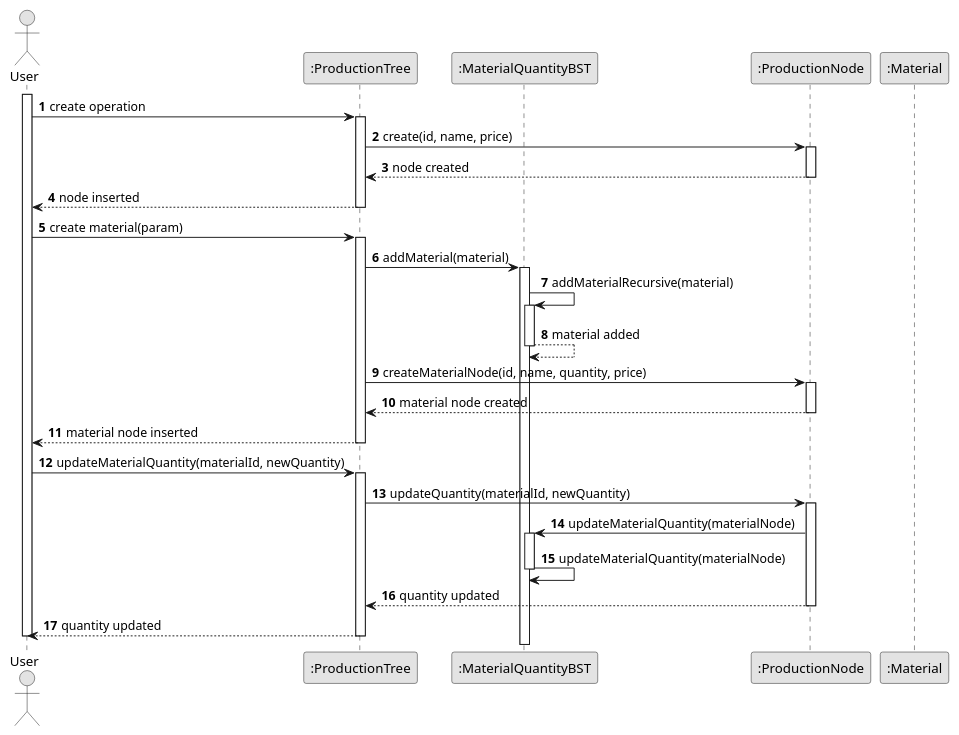
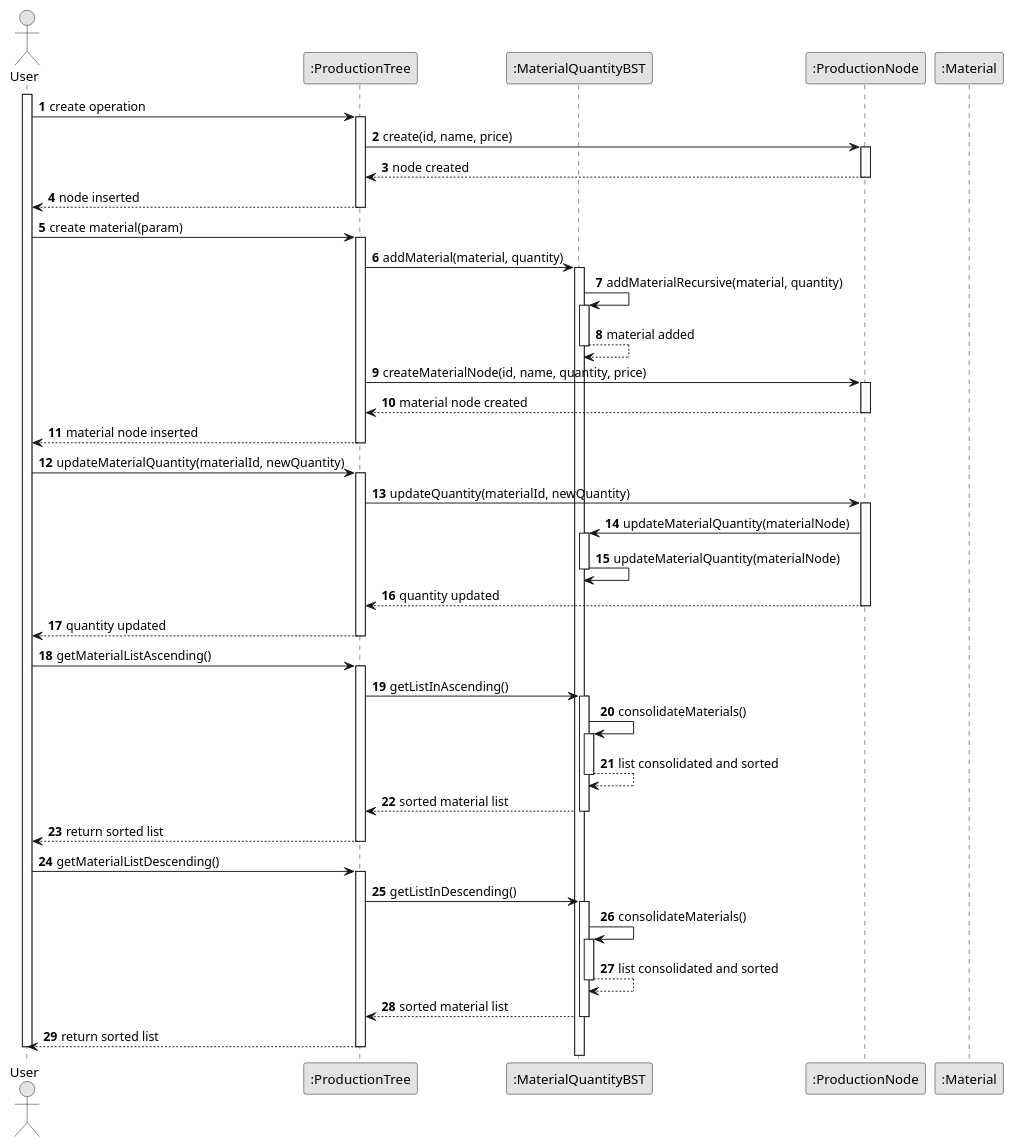
The diagram in others/documentation/usEI11/design/puml/sequence-diagram.puml (ricardomm7/buildflow), drawn with PlantUML before and after one commit. The commit also changed 37 other files, not shown here.

```diff
--- a/others/documentation/usEI11/design/puml/sequence-diagram.puml
+++ b/others/documentation/usEI11/design/puml/sequence-diagram.puml
@@ -1,59 +1,85 @@
 @startuml
 skinparam monochrome true
 skinparam packageStyle rectangle
 skinparam shadowing false
 
 autonumber
 
 actor "User" as Actor
 participant ":ProductionTree" as ProdTree
 participant ":MaterialQuantityBST" as MaterialBST
 participant ":ProductionNode" as ProdNode
 participant ":Material" as Material
 
 activate Actor
 
 Actor -> ProdTree : create operation
 activate ProdTree
 
 ProdTree -> ProdNode : create(id, name, price)
 activate ProdNode
 ProdNode --> ProdTree : node created
 deactivate ProdNode
 ProdTree --> Actor : node inserted
 deactivate ProdTree
 
 Actor -> ProdTree : create material(param)
 activate ProdTree
 
-ProdTree -> MaterialBST : addMaterial(material)
+ProdTree -> MaterialBST : addMaterial(material, quantity)
 activate MaterialBST
-MaterialBST -> MaterialBST : addMaterialRecursive(material)
+MaterialBST -> MaterialBST : addMaterialRecursive(material, quantity)
 activate MaterialBST
 MaterialBST --> MaterialBST : material added
 deactivate MaterialBST
 
 ProdTree -> ProdNode : createMaterialNode(id, name, quantity, price)
 activate ProdNode
 ProdNode --> ProdTree : material node created
 deactivate ProdNode
 ProdTree --> Actor : material node inserted
 deactivate ProdTree
 
 Actor -> ProdTree : updateMaterialQuantity(materialId, newQuantity)
 activate ProdTree
 
 ProdTree -> ProdNode : updateQuantity(materialId, newQuantity)
 activate ProdNode
 ProdNode -> MaterialBST : updateMaterialQuantity(materialNode)
 activate MaterialBST
 MaterialBST -> MaterialBST : updateMaterialQuantity(materialNode)
 deactivate MaterialBST
 ProdNode --> ProdTree : quantity updated
 deactivate ProdNode
 ProdTree --> Actor : quantity updated
 deactivate ProdTree
 
+Actor -> ProdTree : getMaterialListAscending()
+activate ProdTree
+ProdTree -> MaterialBST : getListInAscending()
+activate MaterialBST
+MaterialBST -> MaterialBST : consolidateMaterials()
+activate MaterialBST
+MaterialBST --> MaterialBST : list consolidated and sorted
+deactivate MaterialBST
+MaterialBST --> ProdTree : sorted material list
+deactivate MaterialBST
+ProdTree --> Actor : return sorted list
+deactivate ProdTree
+
+Actor -> ProdTree : getMaterialListDescending()
+activate ProdTree
+ProdTree -> MaterialBST : getListInDescending()
+activate MaterialBST
+MaterialBST -> MaterialBST : consolidateMaterials()
+activate MaterialBST
+MaterialBST --> MaterialBST : list consolidated and sorted
+deactivate MaterialBST
+MaterialBST --> ProdTree : sorted material list
+deactivate MaterialBST
+ProdTree --> Actor : return sorted list
+deactivate ProdTree
+
 deactivate Actor
 
 @enduml
```
